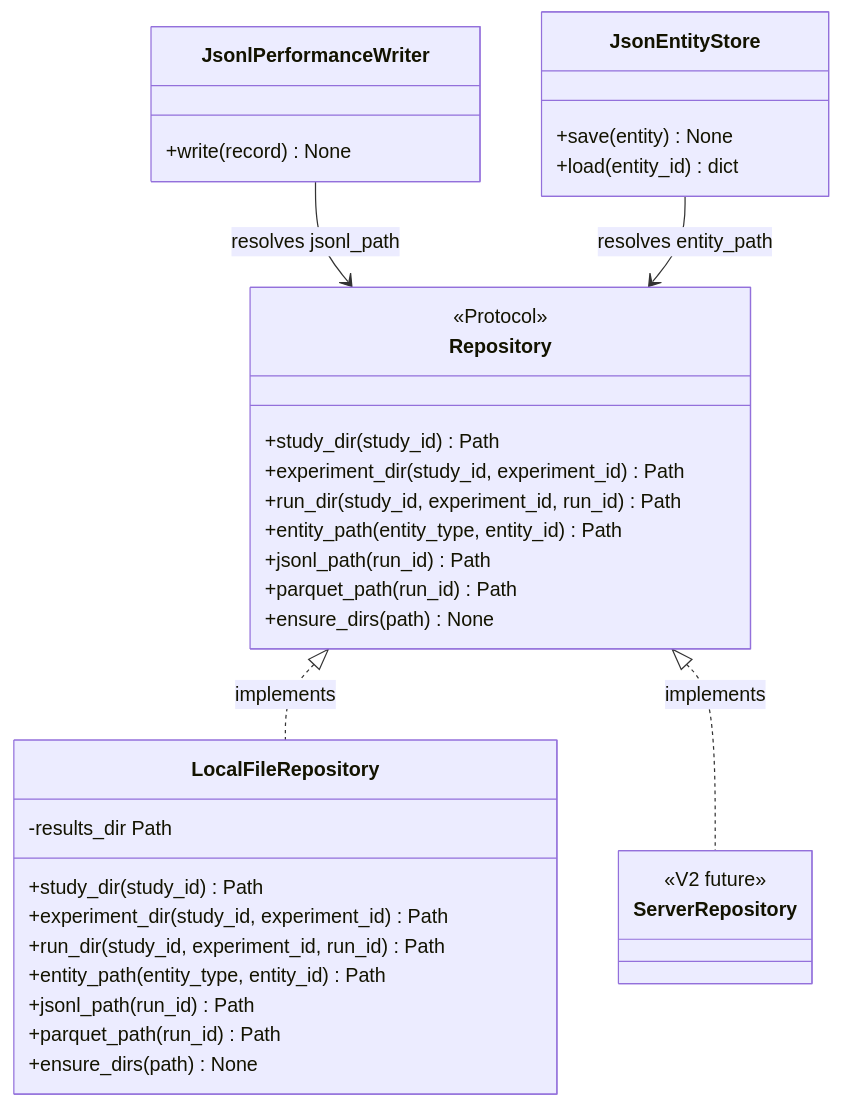
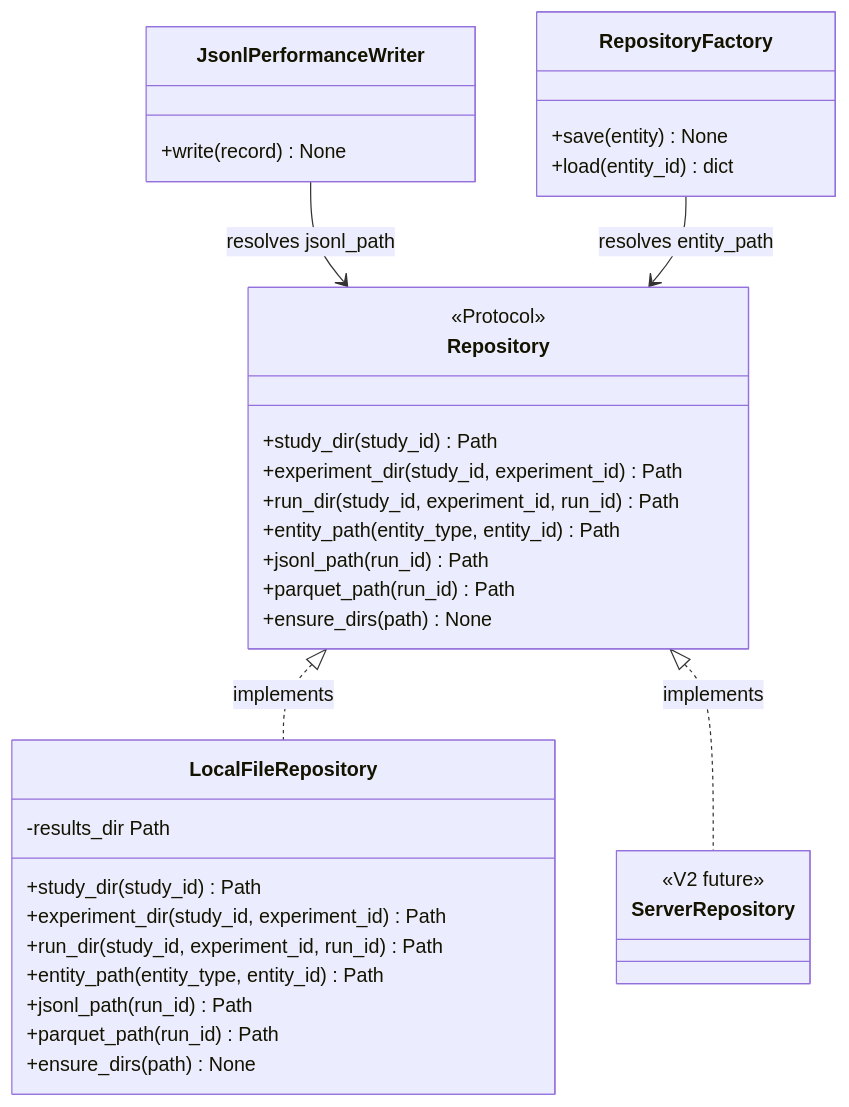
The diagram in docs/02-design/02-architecture/05-c4-level4-code/06-results-store/02-repository-protocol.md (jedrzejpolaczek/aviarium.corvidae.corvus_corone), drawn with Mermaid before and after one commit. The commit also changed other lines of this file and 67 other files, not shown here.

````diff
--- a/docs/02-design/02-architecture/05-c4-level4-code/06-results-store/02-repository-protocol.md
+++ b/docs/02-design/02-architecture/05-c4-level4-code/06-results-store/02-repository-protocol.md
@@ -52,42 +52,42 @@
 ```mermaid
 classDiagram
   class Repository {
     <<Protocol>>
     +study_dir(study_id) Path
     +experiment_dir(study_id, experiment_id) Path
     +run_dir(study_id, experiment_id, run_id) Path
     +entity_path(entity_type, entity_id) Path
     +jsonl_path(run_id) Path
     +parquet_path(run_id) Path
     +ensure_dirs(path) None
   }
 
   class LocalFileRepository {
     -results_dir Path
     +study_dir(study_id) Path
     +experiment_dir(study_id, experiment_id) Path
     +run_dir(study_id, experiment_id, run_id) Path
     +entity_path(entity_type, entity_id) Path
     +jsonl_path(run_id) Path
     +parquet_path(run_id) Path
     +ensure_dirs(path) None
   }
 
   class ServerRepository {
     <<V2 future>>
   }
 
   class JsonlPerformanceWriter {
     +write(record) None
   }
 
-  class JsonEntityStore {
+  class RepositoryFactory {
     +save(entity) None
     +load(entity_id) dict
   }
 
   Repository <|.. LocalFileRepository : implements
   Repository <|.. ServerRepository : implements
   JsonlPerformanceWriter --> Repository : resolves jsonl_path
-  JsonEntityStore --> Repository : resolves entity_path
+  RepositoryFactory --> Repository : resolves entity_path
 ```
````
